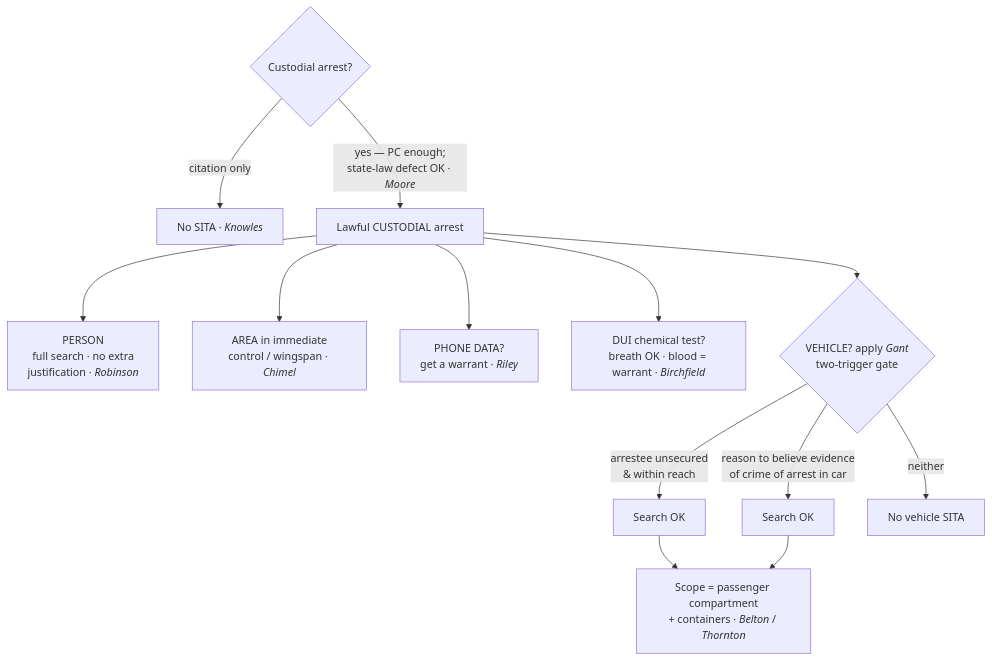
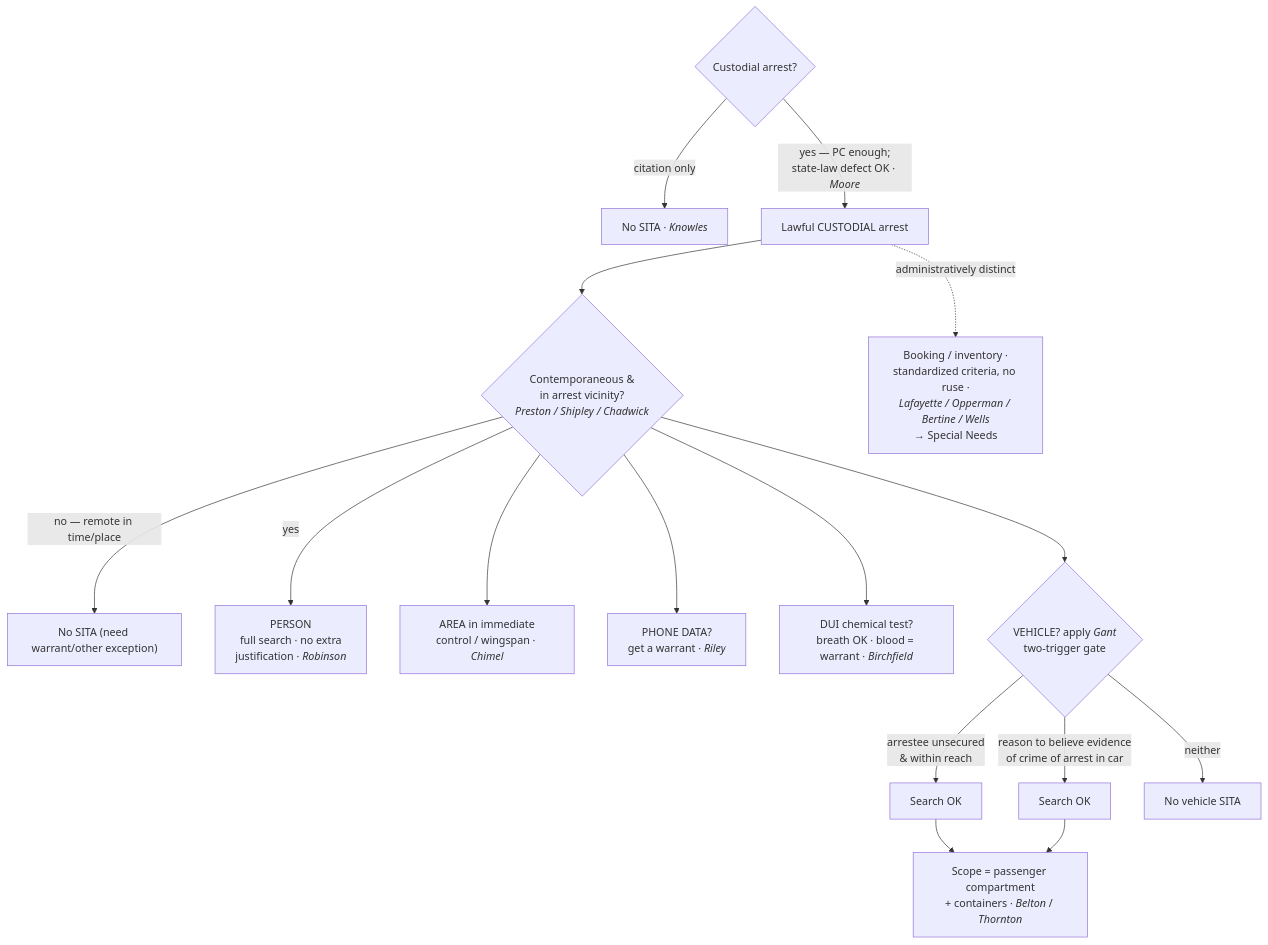
The diagram in content/7-exceptions-warrant/7b-pc-not-needed/Search Incident to Arrest.md (Enragedsaturday/cssi), drawn with Mermaid before and after one commit. The commit also changed other lines of this file and 5 other files, not shown here.

````diff
--- a/content/7-exceptions-warrant/7b-pc-not-needed/Search Incident to Arrest.md
+++ b/content/7-exceptions-warrant/7b-pc-not-needed/Search Incident to Arrest.md
@@ -72,15 +90,18 @@
 ```mermaid
 flowchart TD
   ST{"Custodial arrest?"} -->|"citation only"| NS["No SITA · <i>Knowles</i>"]
   ST -->|"yes — PC enough;<br/>state-law defect OK · <i>Moore</i>"| A["Lawful CUSTODIAL arrest"]
-  A --> P["PERSON<br/>full search · no extra<br/>justification · <i>Robinson</i>"]
-  A --> W["AREA in immediate<br/>control / wingspan · <i>Chimel</i>"]
-  A --> D["PHONE DATA?<br/>get a warrant · <i>Riley</i>"]
-  A --> DUI["DUI chemical test?<br/>breath OK · blood = warrant · <i>Birchfield</i>"]
-  A --> V{"VEHICLE? apply <i>Gant</i><br/>two-trigger gate"}
+  A --> CT{"Contemporaneous &<br/>in arrest vicinity?<br/><i>Preston / Shipley / Chadwick</i>"}
+  CT -->|"no — remote in time/place"| NC["No SITA (need warrant/other exception)"]
+  CT -->|"yes"| P["PERSON<br/>full search · no extra<br/>justification · <i>Robinson</i>"]
+  CT --> W["AREA in immediate<br/>control / wingspan · <i>Chimel</i>"]
+  CT --> D["PHONE DATA?<br/>get a warrant · <i>Riley</i>"]
+  CT --> DUI["DUI chemical test?<br/>breath OK · blood = warrant · <i>Birchfield</i>"]
+  CT --> V{"VEHICLE? apply <i>Gant</i><br/>two-trigger gate"}
   V -->|"arrestee unsecured<br/>& within reach"| G1["Search OK"]
   V -->|"reason to believe evidence<br/>of crime of arrest in car"| G2["Search OK"]
   V -->|"neither"| NO["No vehicle SITA"]
   G1 --> SC["Scope = passenger compartment<br/>+ containers · <i>Belton</i> / <i>Thornton</i>"]
   G2 --> SC
+  A -.->|"administratively distinct"| INV["Booking / inventory ·<br/>standardized criteria, no ruse ·<br/><i>Lafayette / Opperman / Bertine / Wells</i><br/>→ Special Needs"]
 ```
````
